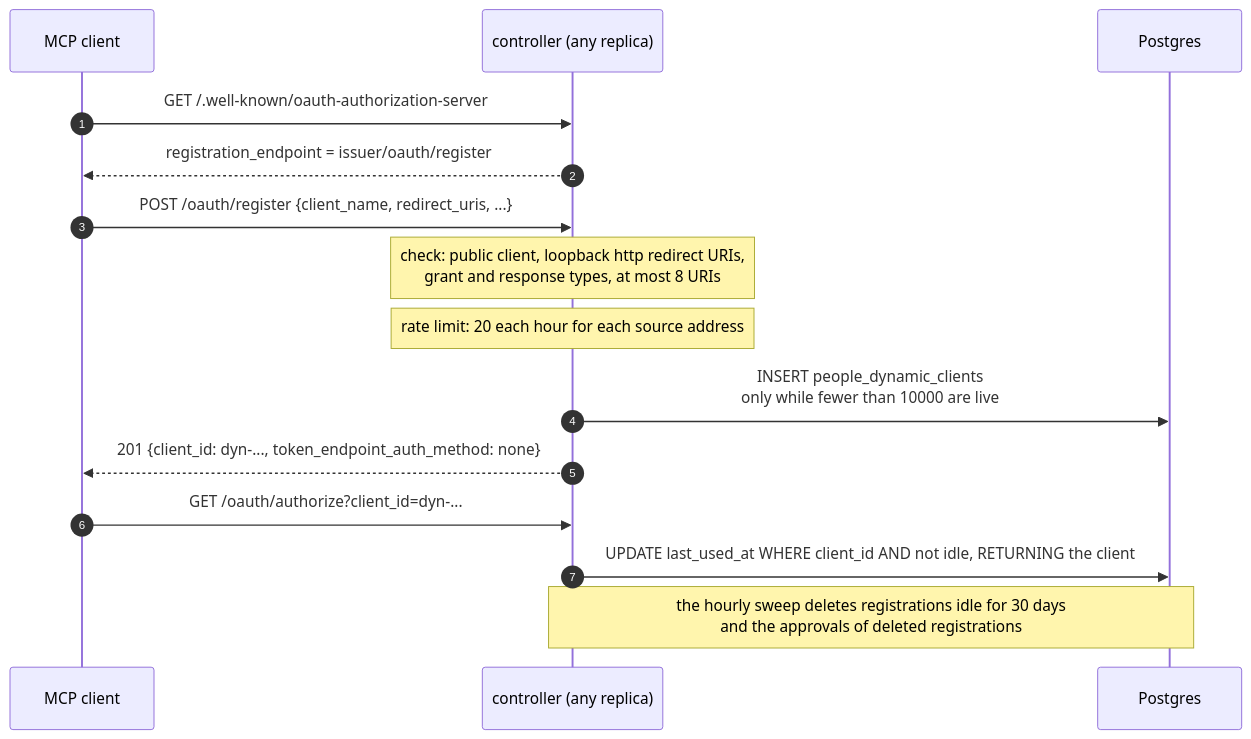
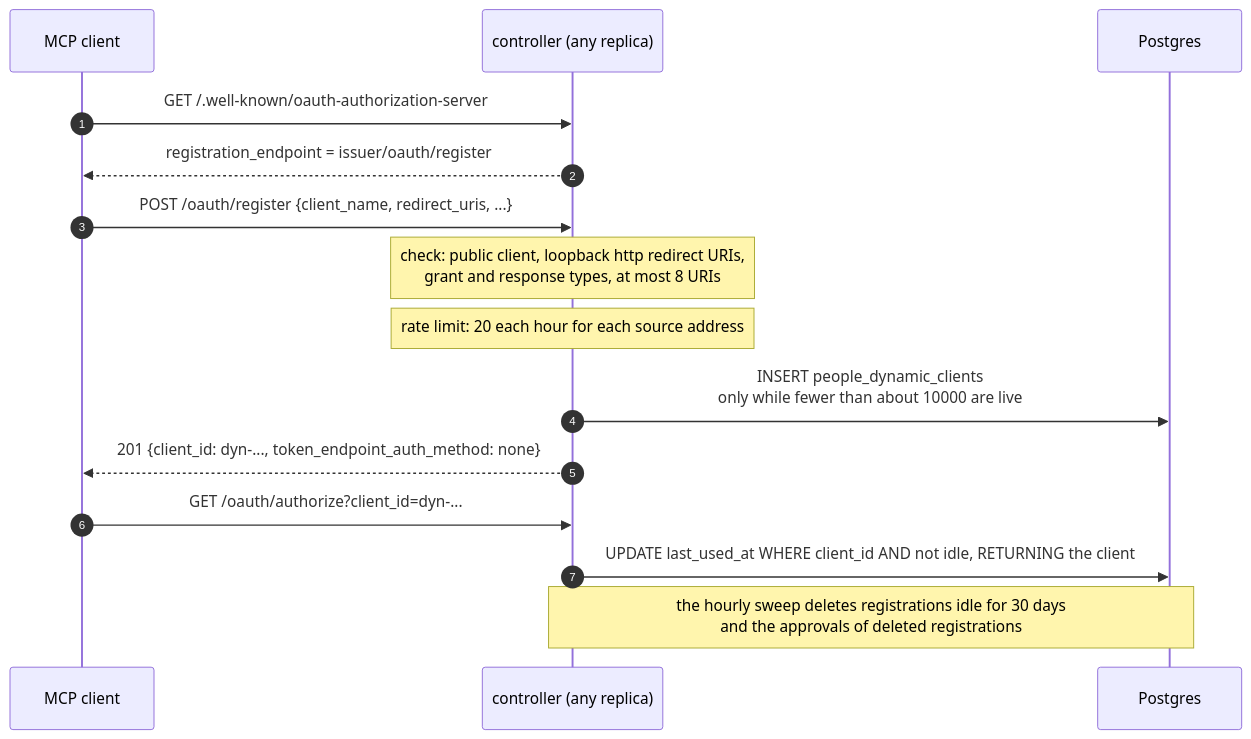
Before and after one commit to neuralmagic/crucible: the fourth of 12 diagrams in docs/agent-mcp-architecture.md, drawn with Mermaid. The commit also changed other lines of this file and 7 other files, not shown here.

````diff
--- a/docs/agent-mcp-architecture.md
+++ b/docs/agent-mcp-architecture.md
@@ -595,17 +595,17 @@
 ```mermaid
 sequenceDiagram
     autonumber
     participant M as MCP client
     participant C as controller (any replica)
     participant D as Postgres
     M->>C: GET /.well-known/oauth-authorization-server
     C-->>M: registration_endpoint = issuer/oauth/register
     M->>C: POST /oauth/register {client_name, redirect_uris, ...}
     Note over C: check: public client, loopback http redirect URIs,<br/>grant and response types, at most 8 URIs
     Note over C: rate limit: 20 each hour for each source address
-    C->>D: INSERT people_dynamic_clients<br/>only while fewer than 10000 are live
+    C->>D: INSERT people_dynamic_clients<br/>only while fewer than about 10000 are live
     C-->>M: 201 {client_id: dyn-..., token_endpoint_auth_method: none}
     M->>C: GET /oauth/authorize?client_id=dyn-...
     C->>D: UPDATE last_used_at WHERE client_id AND not idle, RETURNING the client
     Note over C,D: the hourly sweep deletes registrations idle for 30 days<br/>and the approvals of deleted registrations
 ```
````
